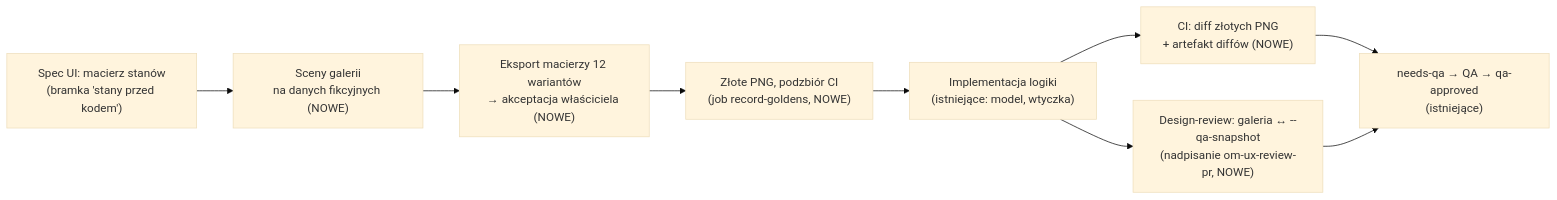
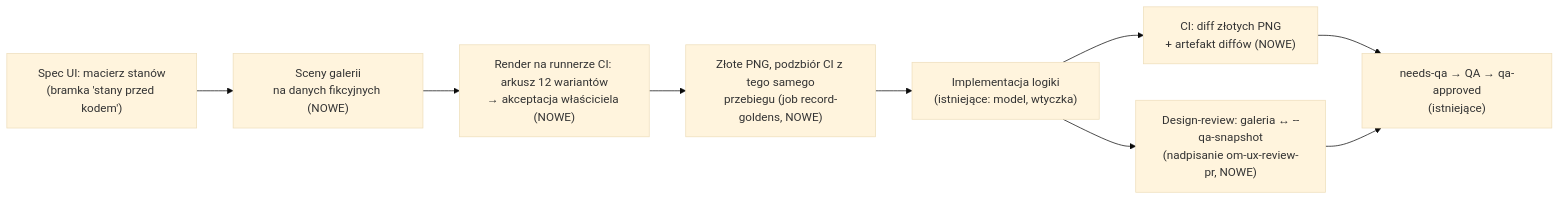
One commit to mjozefiak/lintel changed the diagram in .ai/specs/2026-11-23-swiftui-design-gallery.md. Above: the diagram before and after it, drawn with Mermaid (base theme). The commit also changed other lines of this file, not shown here.

````diff
--- a/.ai/specs/2026-11-23-swiftui-design-gallery.md
+++ b/.ai/specs/2026-11-23-swiftui-design-gallery.md
@@ -60,11 +60,11 @@
 ```mermaid
 flowchart LR
   A["Spec UI: macierz stanów\n(bramka 'stany przed kodem')"] --> B["Sceny galerii\nna danych fikcyjnych (NOWE)"]
-  B --> C["Eksport macierzy 12 wariantów\n→ akceptacja właściciela (NOWE)"]
-  C --> D["Złote PNG, podzbiór CI\n(job record-goldens, NOWE)"]
+  B --> C["Render na runnerze CI: arkusz 12 wariantów\n→ akceptacja właściciela (NOWE)"]
+  C --> D["Złote PNG, podzbiór CI z tego samego\nprzebiegu (job record-goldens, NOWE)"]
   D --> E["Implementacja logiki\n(istniejące: model, wtyczka)"]
   E --> F["CI: diff złotych PNG\n+ artefakt diffów (NOWE)"]
   E --> G["Design-review: galeria ↔ --qa-snapshot\n(nadpisanie om-ux-review-pr, NOWE)"]
   F --> H["needs-qa → QA → qa-approved\n(istniejące)"]
   G --> H
 ```
````
